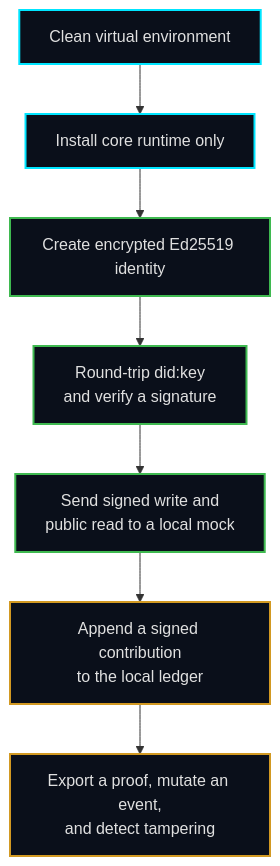
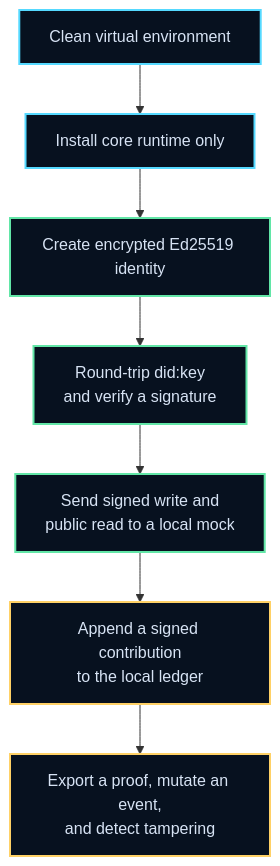
Before and after one commit to 0o0r7/flopkit-sdk: the diagram in sdk/docs/evidence.md, drawn with Mermaid. The commit also changed other lines of this file and 16 other files, not shown here.

````diff
--- a/sdk/docs/evidence.md
+++ b/sdk/docs/evidence.md
@@ -9,17 +9,16 @@
 ```mermaid
 flowchart TD
     A["Clean virtual environment"] --> B["Install core runtime only"]
     B --> C["Create encrypted Ed25519 identity"]
     C --> D["Round-trip did:key<br/>and verify a signature"]
     D --> E["Send signed write and<br/>public read to a local mock"]
     E --> F["Append a signed contribution<br/>to the local ledger"]
     F --> G["Export a proof, mutate an event,<br/>and detect tampering"]
-
-    style A fill:#0a0f1a,stroke:#00e5ff,stroke-width:2px,color:#e0e0e0
-    style B fill:#0a0f1a,stroke:#00e5ff,stroke-width:2px,color:#e0e0e0
-    style C fill:#0a0f1a,stroke:#3fb950,stroke-width:2px,color:#e0e0e0
-    style D fill:#0a0f1a,stroke:#3fb950,stroke-width:2px,color:#e0e0e0
-    style E fill:#0a0f1a,stroke:#3fb950,stroke-width:2px,color:#e0e0e0
-    style F fill:#0a0f1a,stroke:#d29922,stroke-width:2px,color:#e0e0e0
-    style G fill:#0a0f1a,stroke:#d29922,stroke-width:2px,color:#e0e0e0
+    style A fill:#07111f,stroke:#55d9ff,stroke-width:2px,color:#d7e3f4
+    style B fill:#07111f,stroke:#55d9ff,stroke-width:2px,color:#d7e3f4
+    style C fill:#07111f,stroke:#62e6a7,stroke-width:2px,color:#d7e3f4
+    style D fill:#07111f,stroke:#62e6a7,stroke-width:2px,color:#d7e3f4
+    style E fill:#07111f,stroke:#62e6a7,stroke-width:2px,color:#d7e3f4
+    style F fill:#07111f,stroke:#ffd166,stroke-width:2px,color:#d7e3f4
+    style G fill:#07111f,stroke:#ffd166,stroke-width:2px,color:#d7e3f4
 ```
````
